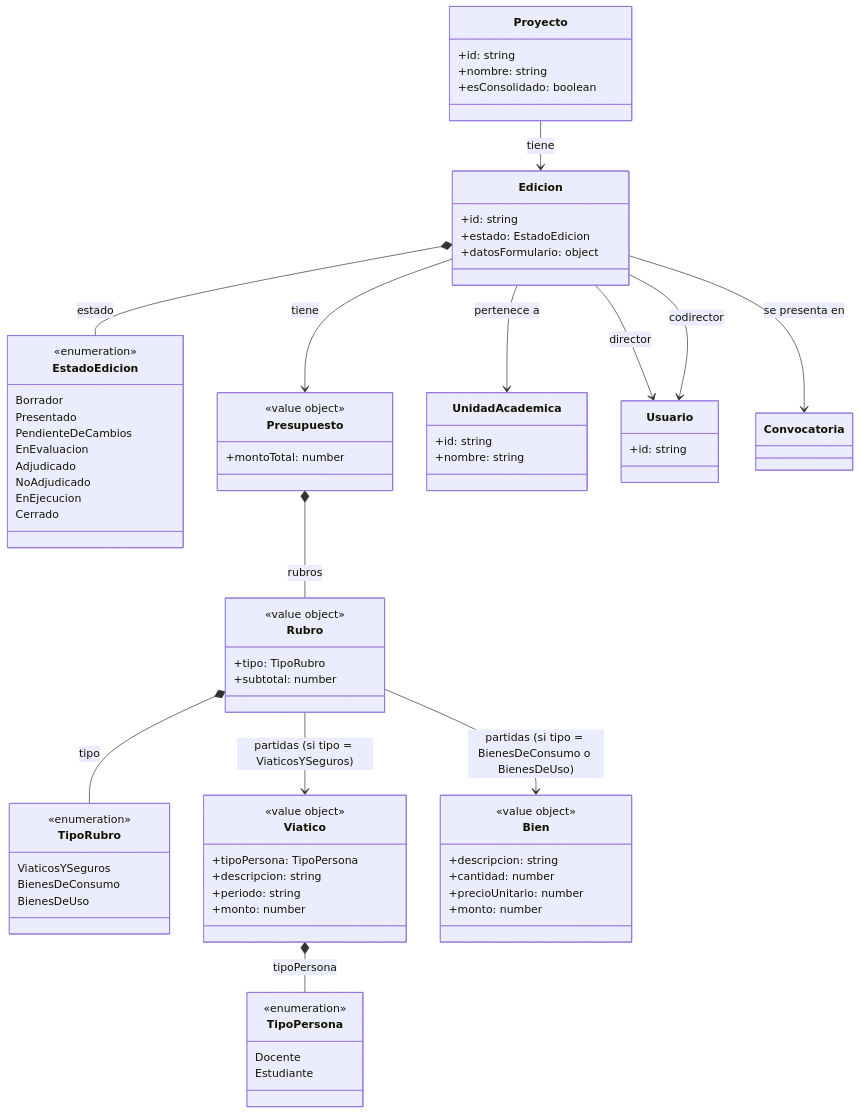
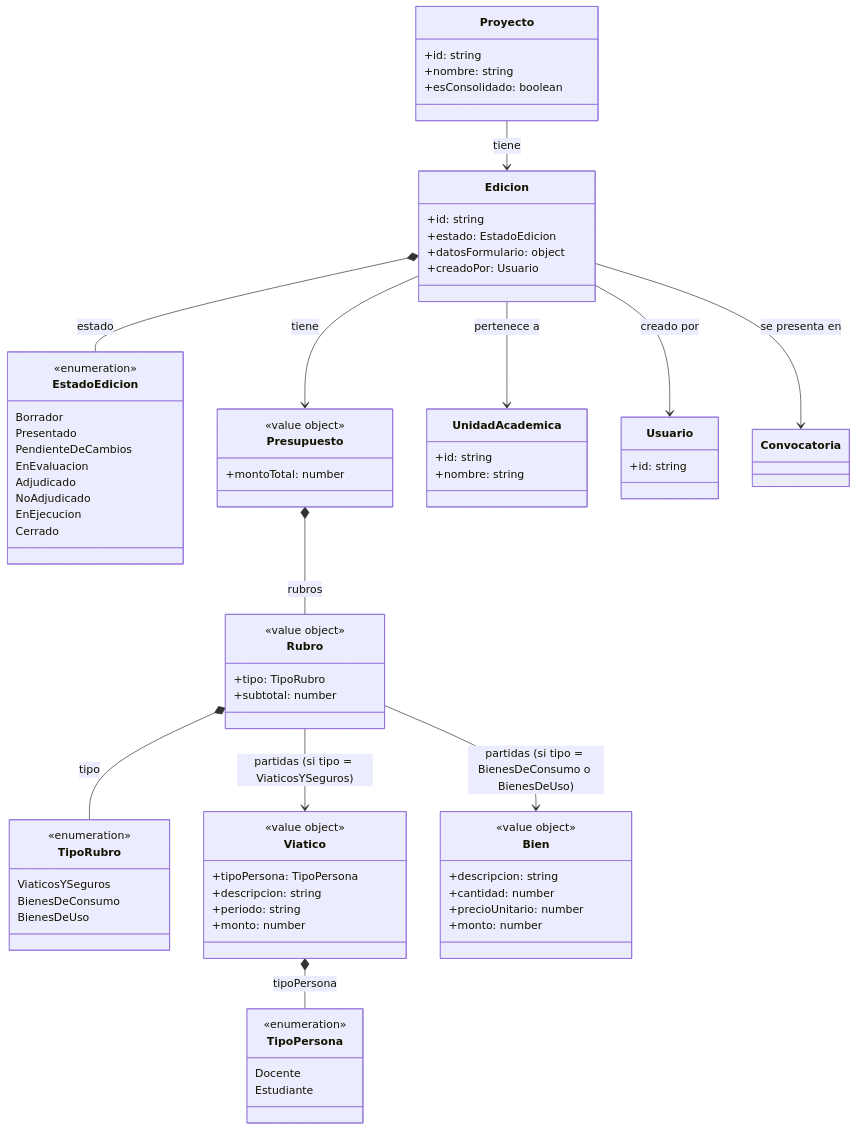
One commit to TPP-UBANEX/UBANEX changed the second of 9 diagrams in docs/dominio/modelo.md. Above: the diagram before and after it, drawn with Mermaid. The commit also changed other lines of this file, not shown here.

Commit message:
docs(roles): actualizar modelo de dominio con roles por convocatoria (etapa 13)

```diff
--- a/docs/dominio/modelo.md
+++ b/docs/dominio/modelo.md
@@ -88,6 +88,7 @@
         +id: string
         +estado: EstadoEdicion
         +datosFormulario: object
+        +creadoPor: Usuario
     }
 
     class EstadoEdicion {
@@ -153,8 +154,7 @@
 
     Edicion --> Convocatoria : se presenta en
     Edicion --> UnidadAcademica : pertenece a
-    Edicion --> Usuario : director
-    Edicion --> Usuario : codirector
+    Edicion --> Usuario : creado por
     Proyecto --> Edicion : tiene
     Edicion --> Presupuesto : tiene
     Edicion *-- EstadoEdicion : estado
```
